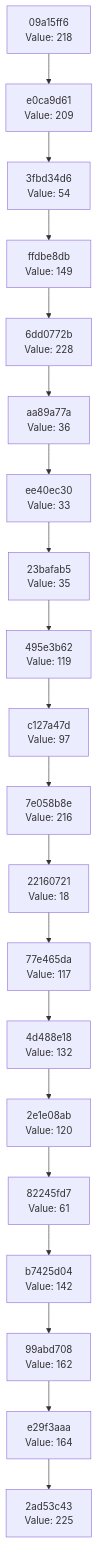
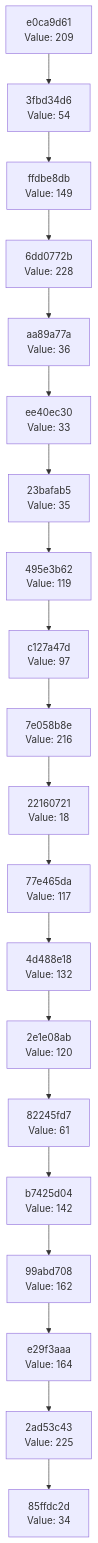
The diagram in docs/CHAIN_VISUALIZATION.md (Abhisheksinha1506/hash-chain-evolver), drawn with Mermaid before and after one commit. The commit also changed 3 other files, not shown here.

````diff
--- a/docs/CHAIN_VISUALIZATION.md
+++ b/docs/CHAIN_VISUALIZATION.md
@@ -3,42 +3,42 @@
 ```mermaid
 graph TD
-    C0["2ad53c43<br/>Value: 225"]
-    C1["e29f3aaa<br/>Value: 164"]
+    C0["85ffdc2d<br/>Value: 34"]
+    C1["2ad53c43<br/>Value: 225"]
     C1 --> C0
-    C2["99abd708<br/>Value: 162"]
+    C2["e29f3aaa<br/>Value: 164"]
     C2 --> C1
-    C3["b7425d04<br/>Value: 142"]
+    C3["99abd708<br/>Value: 162"]
     C3 --> C2
-    C4["82245fd7<br/>Value: 61"]
+    C4["b7425d04<br/>Value: 142"]
     C4 --> C3
-    C5["2e1e08ab<br/>Value: 120"]
+    C5["82245fd7<br/>Value: 61"]
     C5 --> C4
-    C6["4d488e18<br/>Value: 132"]
+    C6["2e1e08ab<br/>Value: 120"]
     C6 --> C5
-    C7["77e465da<br/>Value: 117"]
+    C7["4d488e18<br/>Value: 132"]
     C7 --> C6
-    C8["22160721<br/>Value: 18"]
+    C8["77e465da<br/>Value: 117"]
     C8 --> C7
-    C9["7e058b8e<br/>Value: 216"]
+    C9["22160721<br/>Value: 18"]
     C9 --> C8
-    C10["c127a47d<br/>Value: 97"]
+    C10["7e058b8e<br/>Value: 216"]
     C10 --> C9
-    C11["495e3b62<br/>Value: 119"]
+    C11["c127a47d<br/>Value: 97"]
     C11 --> C10
-    C12["23bafab5<br/>Value: 35"]
+    C12["495e3b62<br/>Value: 119"]
     C12 --> C11
-    C13["ee40ec30<br/>Value: 33"]
+    C13["23bafab5<br/>Value: 35"]
     C13 --> C12
-    C14["aa89a77a<br/>Value: 36"]
+    C14["ee40ec30<br/>Value: 33"]
     C14 --> C13
-    C15["6dd0772b<br/>Value: 228"]
+    C15["aa89a77a<br/>Value: 36"]
     C15 --> C14
-    C16["ffdbe8db<br/>Value: 149"]
+    C16["6dd0772b<br/>Value: 228"]
     C16 --> C15
-    C17["3fbd34d6<br/>Value: 54"]
+    C17["ffdbe8db<br/>Value: 149"]
     C17 --> C16
-    C18["e0ca9d61<br/>Value: 209"]
+    C18["3fbd34d6<br/>Value: 54"]
     C18 --> C17
-    C19["09a15ff6<br/>Value: 218"]
+    C19["e0ca9d61<br/>Value: 209"]
     C19 --> C18
 ```
````
